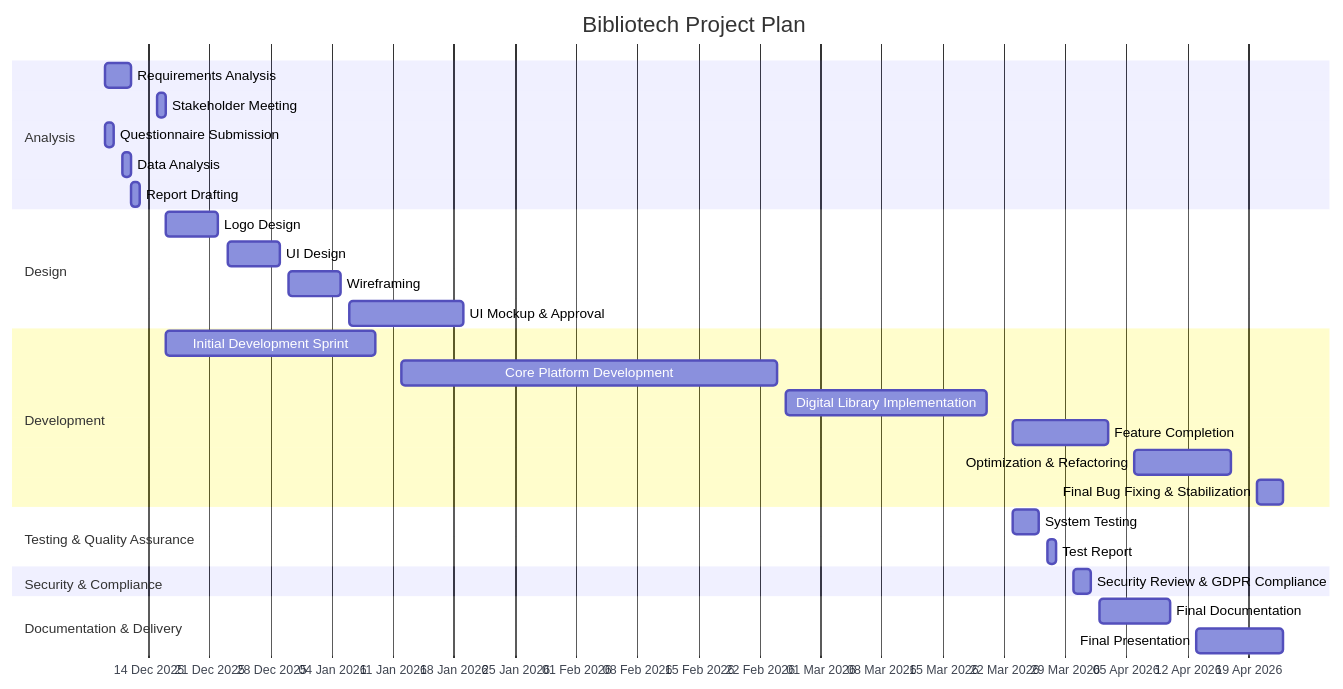
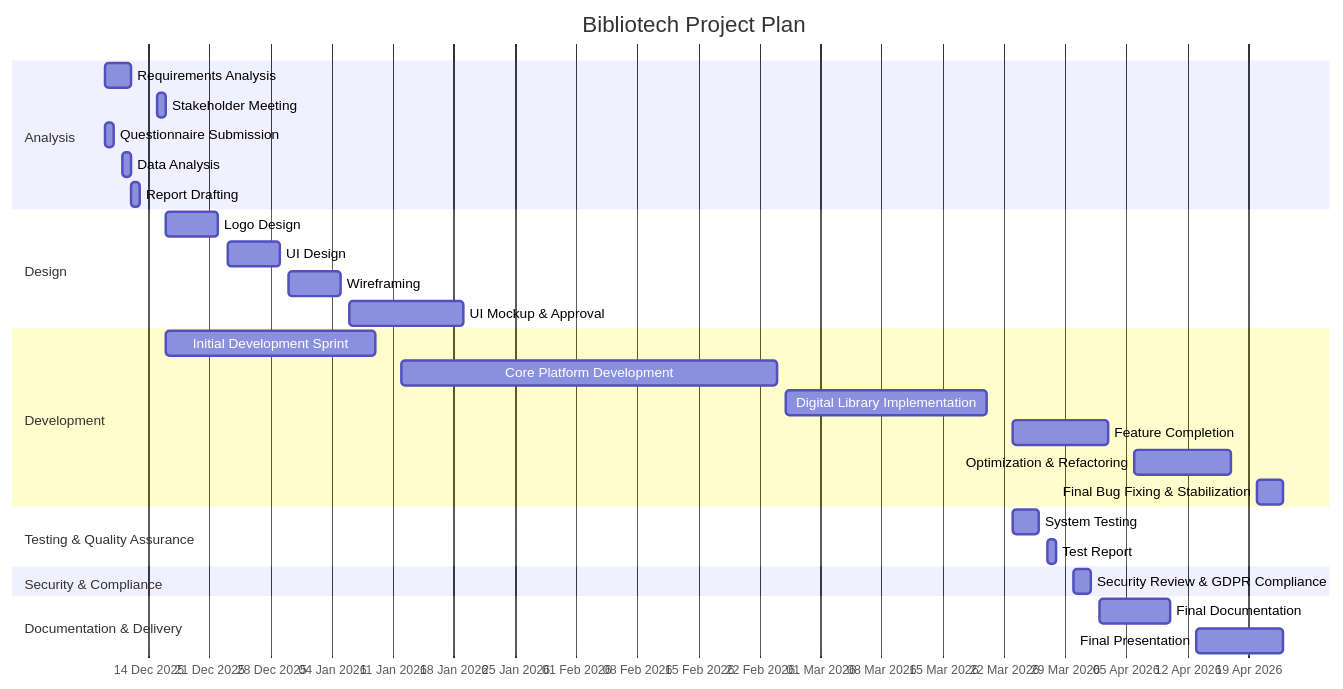
The diagram in docs/Bibliotech.mermaid (ErBeso7/Bibliotech-GANTT), drawn with Mermaid before and after one commit.

Commit message:
Change theme to dark in Bibliotech.mermaid

```diff
--- a/docs/Bibliotech.mermaid
+++ b/docs/Bibliotech.mermaid
@@ -1,44 +1,45 @@
 %%{init: {
+  "theme" : dark
   "themeVariables": {
     "primaryColor": "#3b82f6",
     "textColor": "#111827",
     "lineColor": "#6b7280"
   }
 }}%%
 
 gantt
     title Bibliotech Project Plan
     dateFormat  YYYY-MM-DD
     axisFormat  %d %b %Y
 
     section Analysis
     Requirements Analysis                : 2025-12-09, 2025-12-12
     Stakeholder Meeting                  : 2025-12-15, 1d
     Questionnaire Submission             : 2025-12-09, 2025-12-10
     Data Analysis                        : 2025-12-11, 2025-12-12
     Report Drafting                      : 2025-12-12, 1d
 
     section Design
     Logo Design                          : 2025-12-16, 2025-12-22
     UI Design                            : 2025-12-23, 2025-12-29
     Wireframing                          : 2025-12-30, 2026-01-05
     UI Mockup & Approval                 : 2026-01-06, 2026-01-19
 
     section Development
     Initial Development Sprint           : 2025-12-16, 2026-01-09
     Core Platform Development            : 2026-01-12, 2026-02-24
     Digital Library Implementation       : 2026-02-25, 2026-03-20
     Feature Completion                   : 2026-03-23, 2026-04-03
     Optimization & Refactoring           : 2026-04-06, 2026-04-17
     Final Bug Fixing & Stabilization     : 2026-04-20, 2026-04-23
 
     section Testing & Quality Assurance
     System Testing                       : 2026-03-23, 2026-03-26
     Test Report                          : 2026-03-27, 1d
 
     section Security & Compliance
     Security Review & GDPR Compliance    : 2026-03-30, 2026-04-01
 
     section Documentation & Delivery
     Final Documentation                 : 2026-04-02, 2026-04-10
     Final Presentation                  : 2026-04-13, 2026-04-23
```
